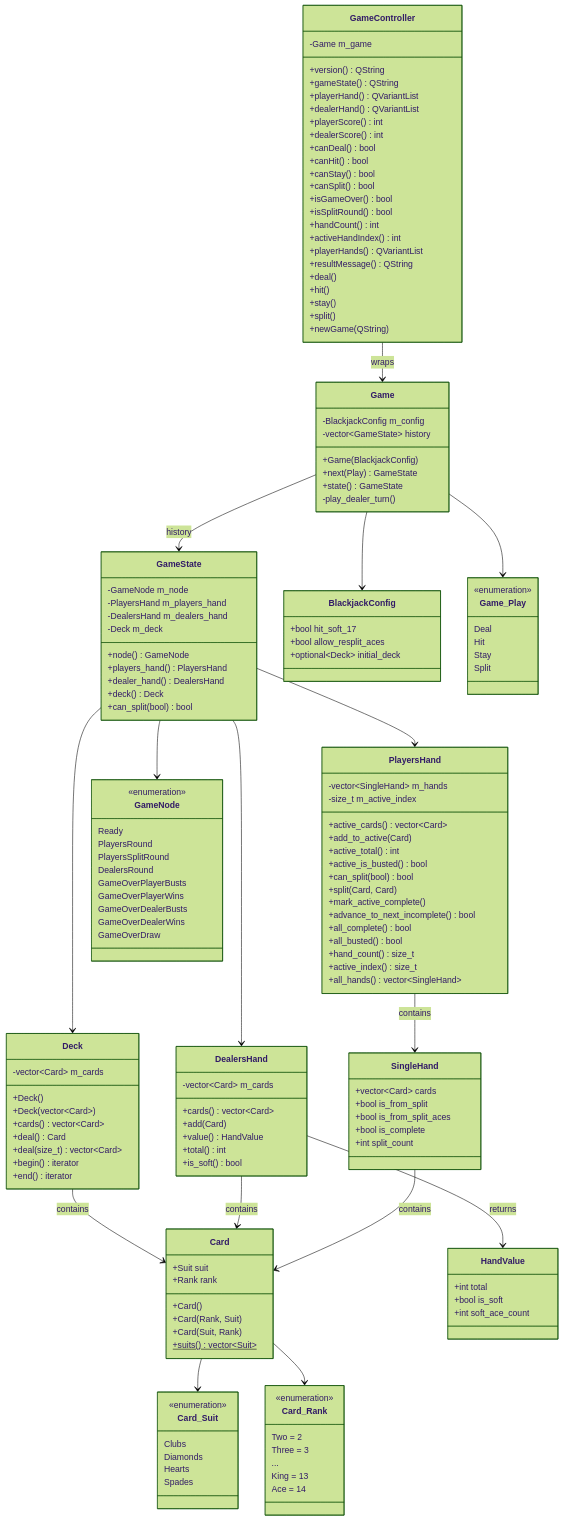
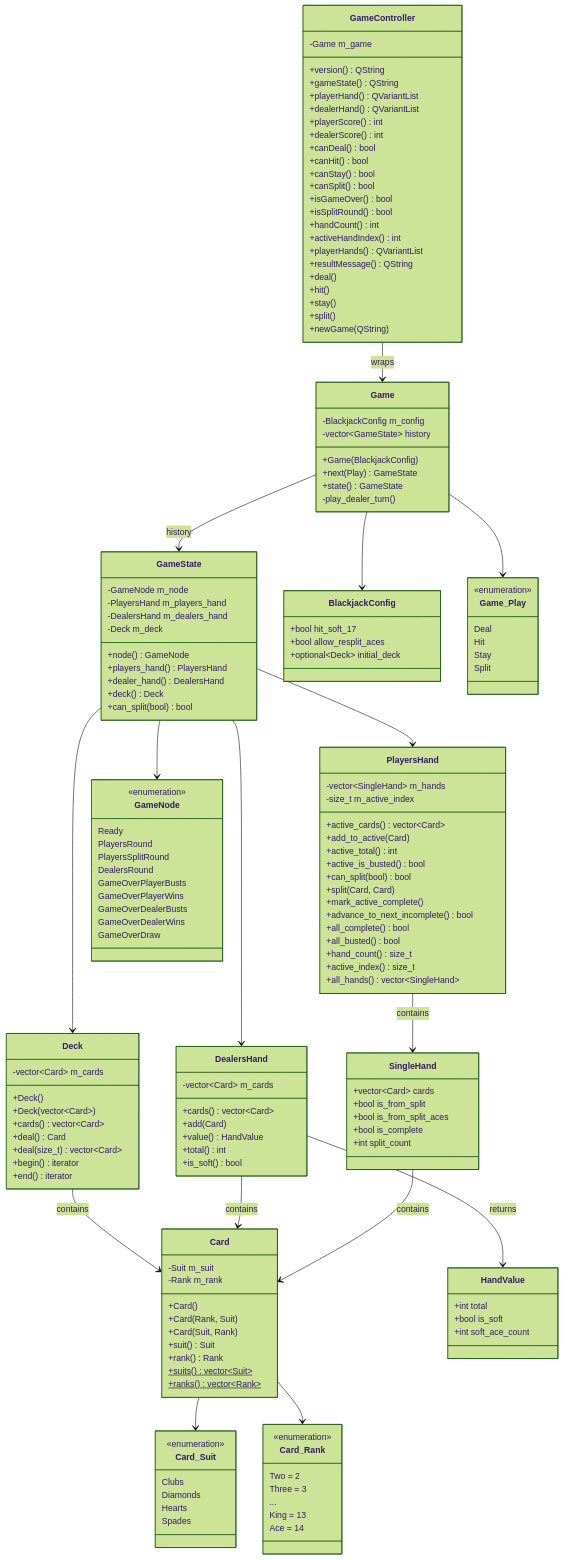
Before and after one commit to j-brent/vingt-et-un: the diagram in docs/design/architecture.md, drawn with Mermaid (forest theme). The commit also changed other lines of this file and 12 other files, not shown here.

````diff
--- a/docs/design/architecture.md
+++ b/docs/design/architecture.md
@@ -64,12 +64,15 @@
 ```mermaid
 classDiagram
     class Card {
-        +Suit suit
-        +Rank rank
+        -Suit m_suit
+        -Rank m_rank
         +Card()
         +Card(Rank, Suit)
         +Card(Suit, Rank)
+        +suit() Suit
+        +rank() Rank
         +suits()$ vector~Suit~
+        +ranks()$ vector~Rank~
     }
 
     class Card_Suit {
````
